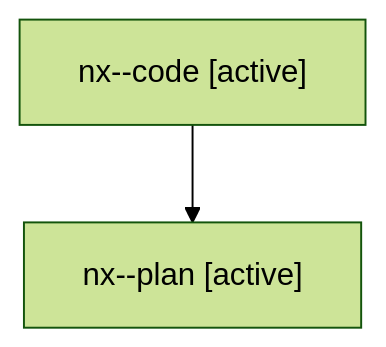
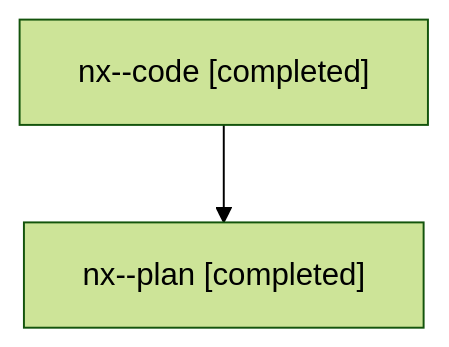
The diagram in families/bbugyi200.athena.nx.md (sase-org/sase--agents), drawn with Mermaid (forest theme) before and after one commit. The commit also changed other lines of this file and 29 other files, not shown here.

````diff
--- a/families/bbugyi200.athena.nx.md
+++ b/families/bbugyi200.athena.nx.md
@@ -9,6 +9,6 @@
 ```mermaid
 flowchart TD
-  n0["nx--code [active]"]
-  n1["nx--plan [active]"]
+  n0["nx--code [completed]"]
+  n1["nx--plan [completed]"]
   n0 --> n1
 ```
````
